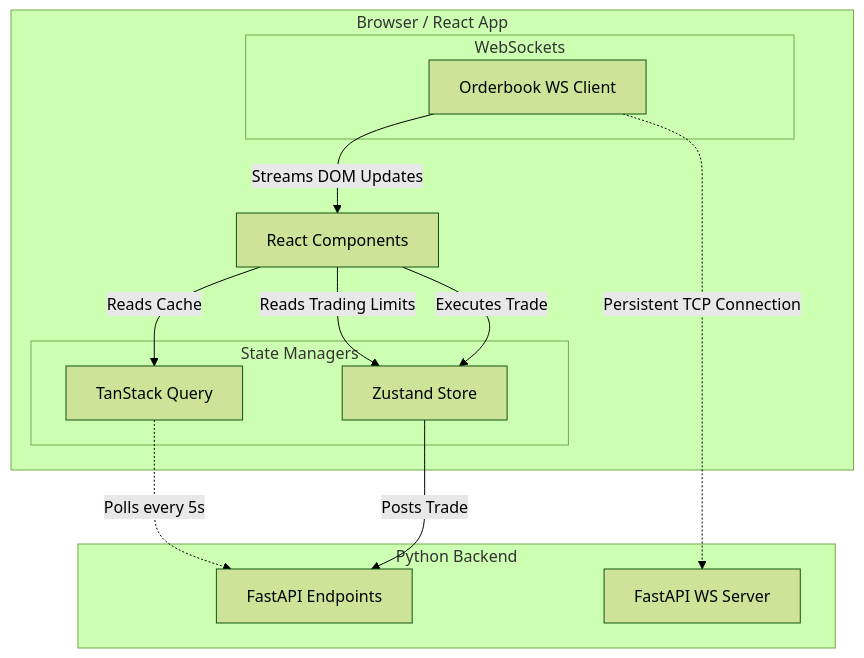
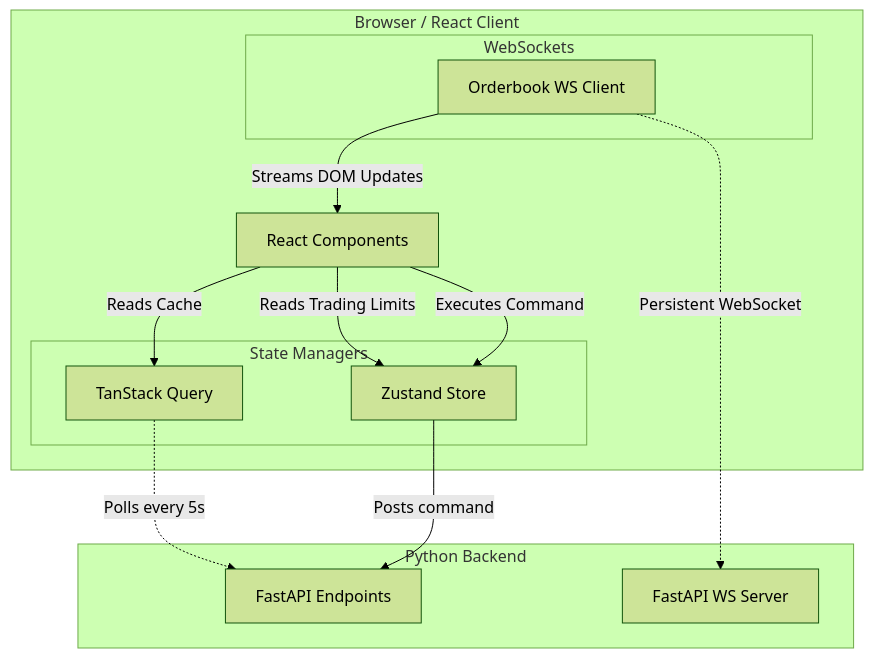
The diagram in frontend/README.md (shreejitverma/wc2026-quant-prediction-system), drawn with Mermaid (forest theme) before and after one commit. The commit also changed other lines of this file and 1 other file, not shown here.

````diff
--- a/frontend/README.md
+++ b/frontend/README.md
@@ -24,29 +20,29 @@
 ```mermaid
 flowchart TD
-    subgraph Browser / React App
+    subgraph Browser / React Client
         UI[React Components]
         
         subgraph State Managers
             TQ[TanStack Query]
             Z[Zustand Store]
         end
         
         subgraph WebSockets
             WS[Orderbook WS Client]
         end
         
         UI -->|Reads Cache| TQ
         UI -->|Reads Trading Limits| Z
         WS -->|Streams DOM Updates| UI
     end
     
     subgraph Python Backend
         API[FastAPI Endpoints]
         WS_API[FastAPI WS Server]
     end
     
     TQ -.->|Polls every 5s| API
-    WS -.->|Persistent TCP Connection| WS_API
-    UI -->|Executes Trade| Z
-    Z -->|Posts Trade| API
+    WS -.->|Persistent WebSocket| WS_API
+    UI -->|Executes Command| Z
+    Z -->|Posts command| API
 ```
````
